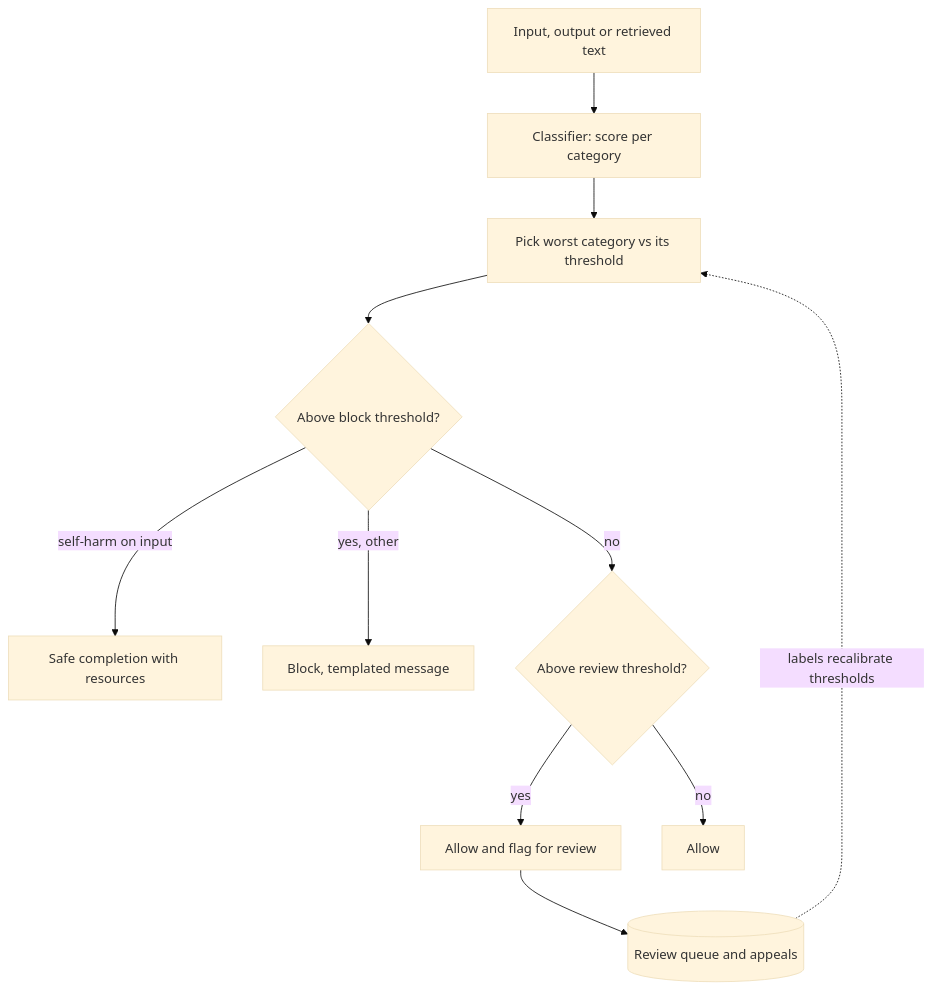
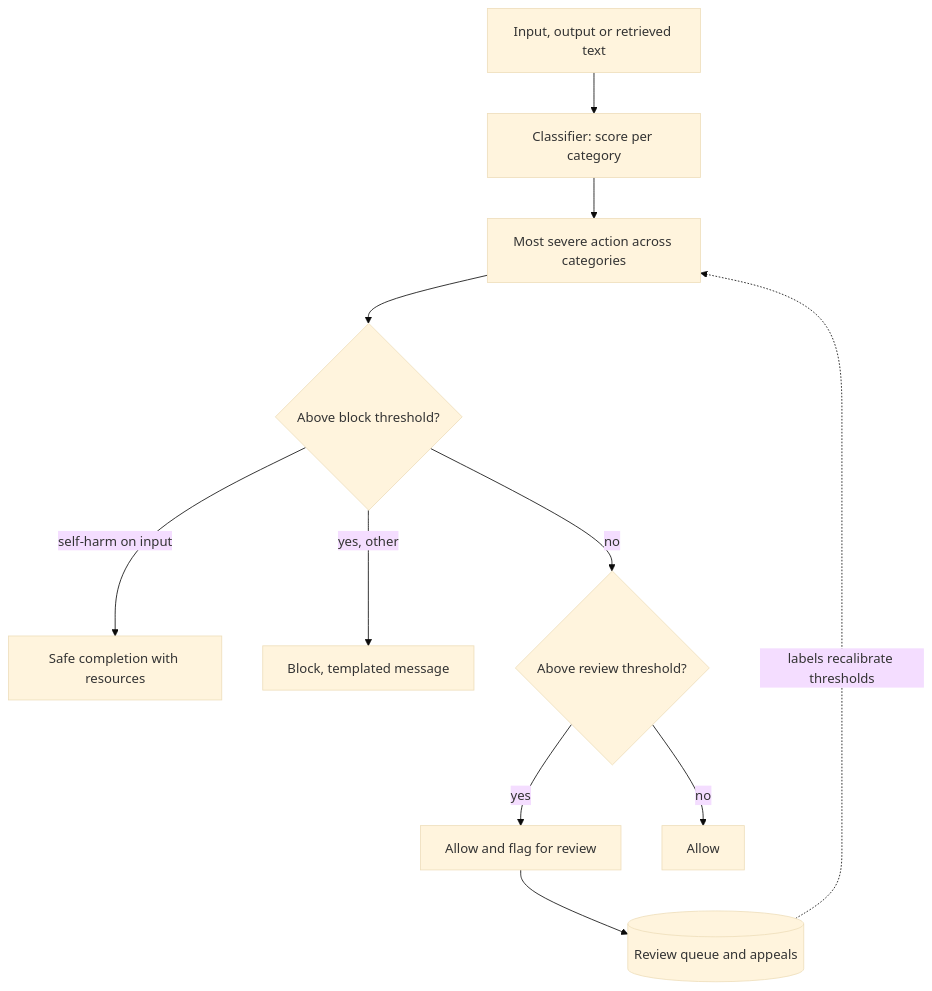
The diagram in content/safety-security/content-moderation.md (lovishmahajan97/agentic-learning), drawn with Mermaid (base theme) before and after one commit. The commit also changed other lines of this file and 74 other files, not shown here.

````diff
--- a/content/safety-security/content-moderation.md
+++ b/content/safety-security/content-moderation.md
@@ -140,13 +140,13 @@
 ```mermaid
 flowchart TD
     I["Input, output or retrieved text"] --> C["Classifier: score per category"]
-    C --> W["Pick worst category vs its threshold"]
+    C --> W["Most severe action across categories"]
     W --> B{"Above block threshold?"}
     B -->|"self-harm on input"| SC["Safe completion with resources"]
     B -->|"yes, other"| BL["Block, templated message"]
     B -->|"no"| R{"Above review threshold?"}
     R -->|"yes"| F["Allow and flag for review"]
     R -->|"no"| A["Allow"]
     F --> Q[("Review queue and appeals")]
     Q -.->|"labels recalibrate thresholds"| W
 ```
````
